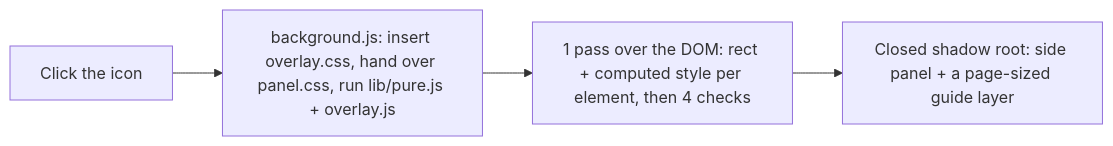
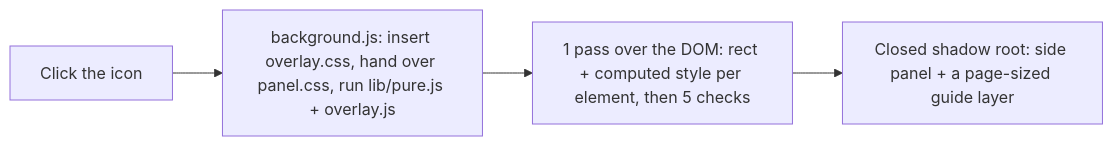
One commit to bunlongheng/snake-eyes changed the diagram in README.md. Above: the diagram before and after it, drawn with Mermaid. The commit also changed other lines of this file and 9 other files, not shown here.

````diff
--- a/README.md
+++ b/README.md
@@ -143,6 +139,6 @@
 ```mermaid
 flowchart LR
     C[Click the icon] --> I[background.js: insert overlay.css, hand over panel.css, run lib/pure.js + overlay.js]
-    I --> S[1 pass over the DOM: rect + computed style per element, then 4 checks]
+    I --> S[1 pass over the DOM: rect + computed style per element, then 5 checks]
     S --> U[Closed shadow root: side panel + a page-sized guide layer]
 ```
````
